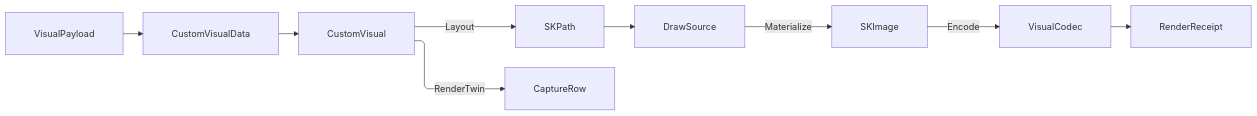
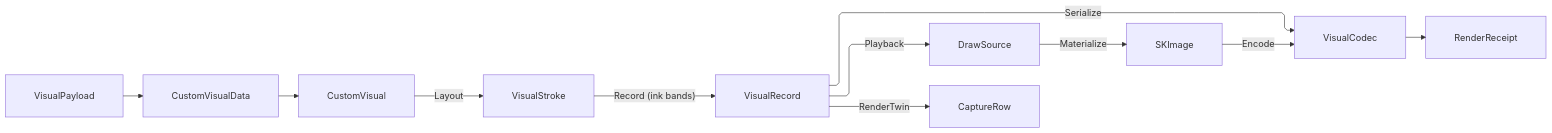
One commit to bsamiee/Rasm changed the diagram in libs/csharp/Rasm.AppUi/.planning/Charts/custom.md. Above: the diagram before and after it, drawn with Mermaid. The commit also changed other lines of this file and 693 other files, not shown here.

````diff
--- a/libs/csharp/Rasm.AppUi/.planning/Charts/custom.md
+++ b/libs/csharp/Rasm.AppUi/.planning/Charts/custom.md
@@ -663,20 +856,22 @@
 ```mermaid
 ---
 config:
   layout: elk
   flowchart:
     curve: linear
     padding: 25
 ---
 flowchart LR
     accTitle: Custom visual materialization
-    accDescr: A closed visual payload passes through its catalogued layout, owned drawing surface, codec, capture row, and render receipt.
+    accDescr: A closed visual payload packs once into per-element strokes and one sealed record that the live surface and the render twin both replay into one receipt.
     VisualPayload --> CustomVisualData
     CustomVisualData --> CustomVisual
-    CustomVisual -->|Layout| SKPath
-    SKPath --> DrawSource
+    CustomVisual -->|Layout| VisualStroke
+    VisualStroke -->|"Record (ink bands)"| VisualRecord
+    VisualRecord -->|Playback| DrawSource
     DrawSource -->|Materialize| SKImage
     SKImage -->|Encode| VisualCodec
-    CustomVisual -->|RenderTwin| CaptureRow
+    VisualRecord -->|Serialize| VisualCodec
+    VisualRecord -->|RenderTwin| CaptureRow
     VisualCodec --> RenderReceipt
 ```
````
